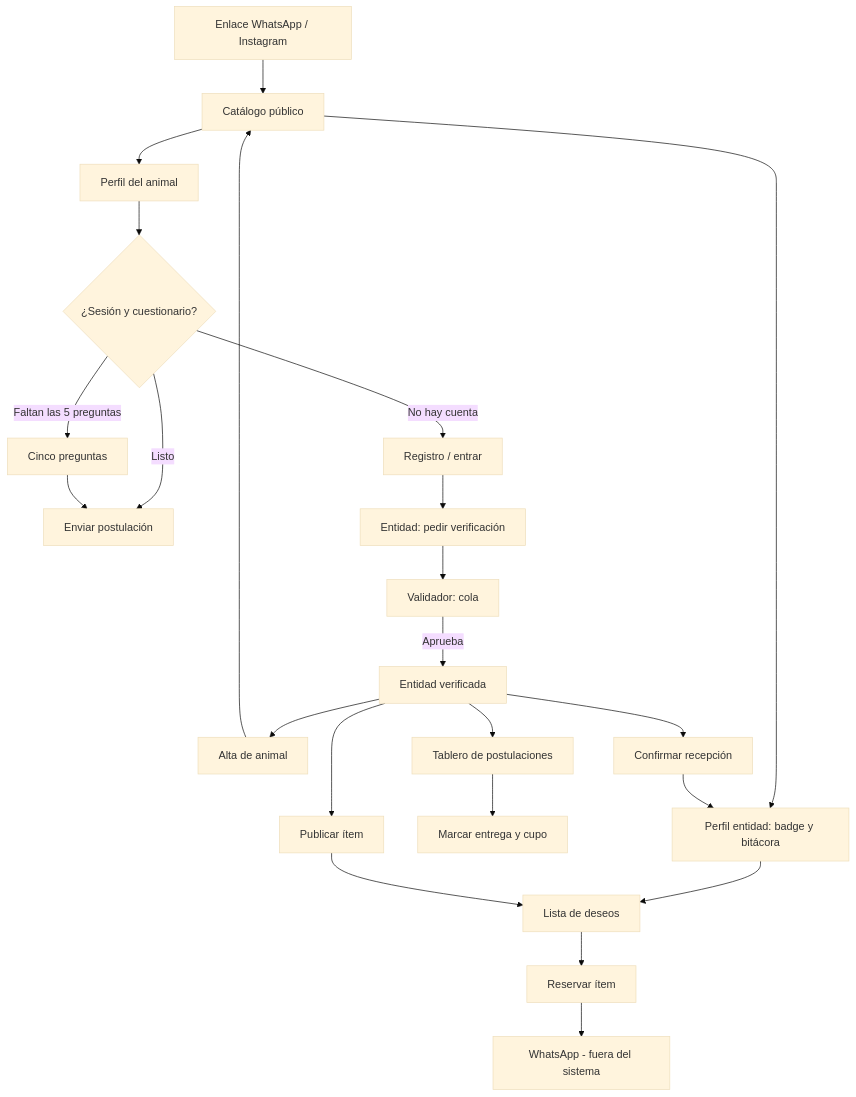
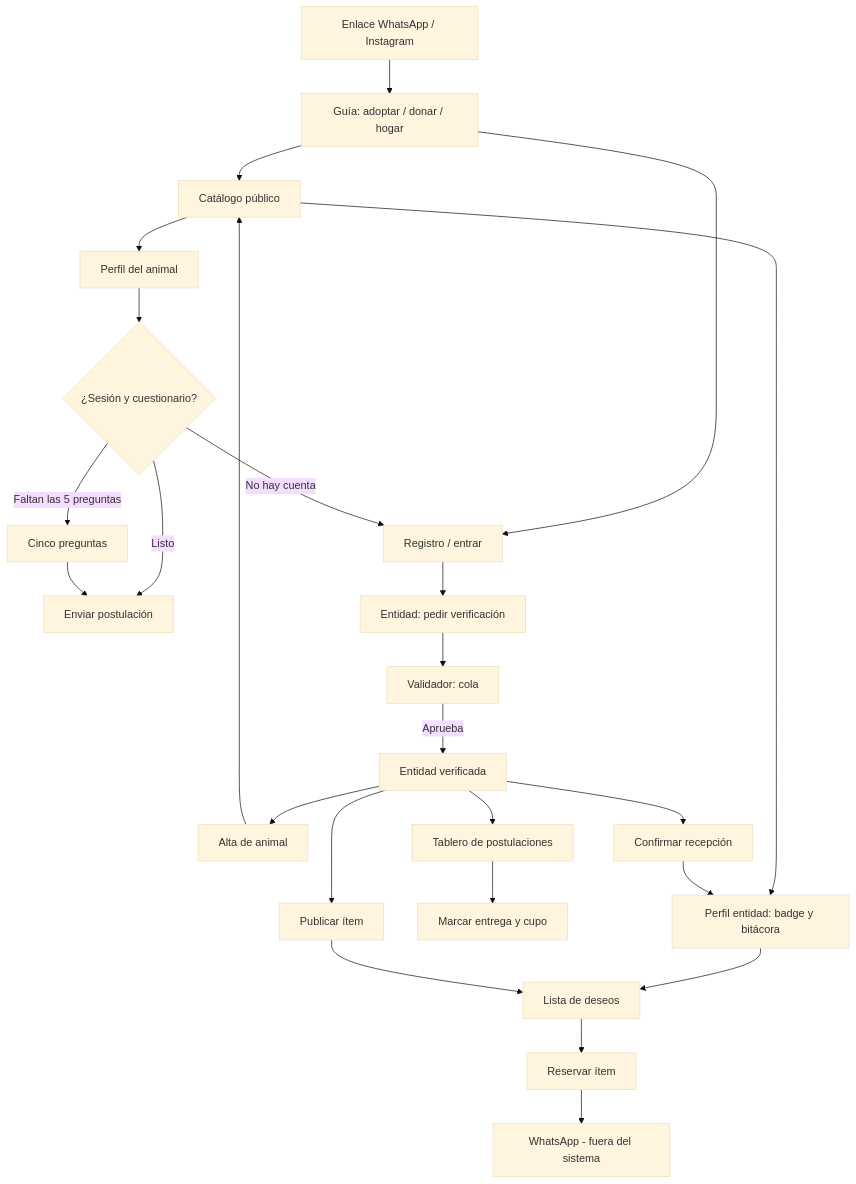
The diagram in documentacion/02-planeacion-y-diseno/2.4-interfaz-ui-ux.md (juliodparada-bit/plataforma-refugios-fauna-domestica-bogota), drawn with Mermaid (base theme) before and after one commit. The commit also changed other lines of this file and 49 other files, not shown here.

````diff
--- a/documentacion/02-planeacion-y-diseno/2.4-interfaz-ui-ux.md
+++ b/documentacion/02-planeacion-y-diseno/2.4-interfaz-ui-ux.md
@@ -57,26 +57,28 @@
 ```mermaid
 flowchart TB
-    url[Enlace WhatsApp / Instagram] --> cat[Catálogo público]
+    url[Enlace WhatsApp / Instagram] --> inicio[Guía: adoptar / donar / hogar]
+    inicio --> cat[Catálogo público]
+    inicio --> reg[Registro / entrar]
     cat --> perfil[Perfil del animal]
     cat --> entidadPub[Perfil entidad: badge y bitácora]
     perfil --> login{¿Sesión y cuestionario?}
     login -->|No hay cuenta| reg[Registro / entrar]
     login -->|Faltan las 5 preguntas| q[Cinco preguntas]
     login -->|Listo| post[Enviar postulación]
     q --> post
     entidadPub --> deseos[Lista de deseos]
     deseos --> reserva[Reservar ítem]
     reserva --> wa[WhatsApp - fuera del sistema]
 
     reg --> verif[Entidad: pedir verificación]
     verif --> cola[Validador: cola]
     cola -->|Aprueba| entidadOk[Entidad verificada]
     entidadOk --> alta[Alta de animal]
     alta --> cat
     entidadOk --> tablero[Tablero de postulaciones]
     tablero --> entrega[Marcar entrega y cupo]
     entidadOk --> item[Publicar ítem]
     item --> deseos
     entidadOk --> confirma[Confirmar recepción]
     confirma --> entidadPub
 ```
````
